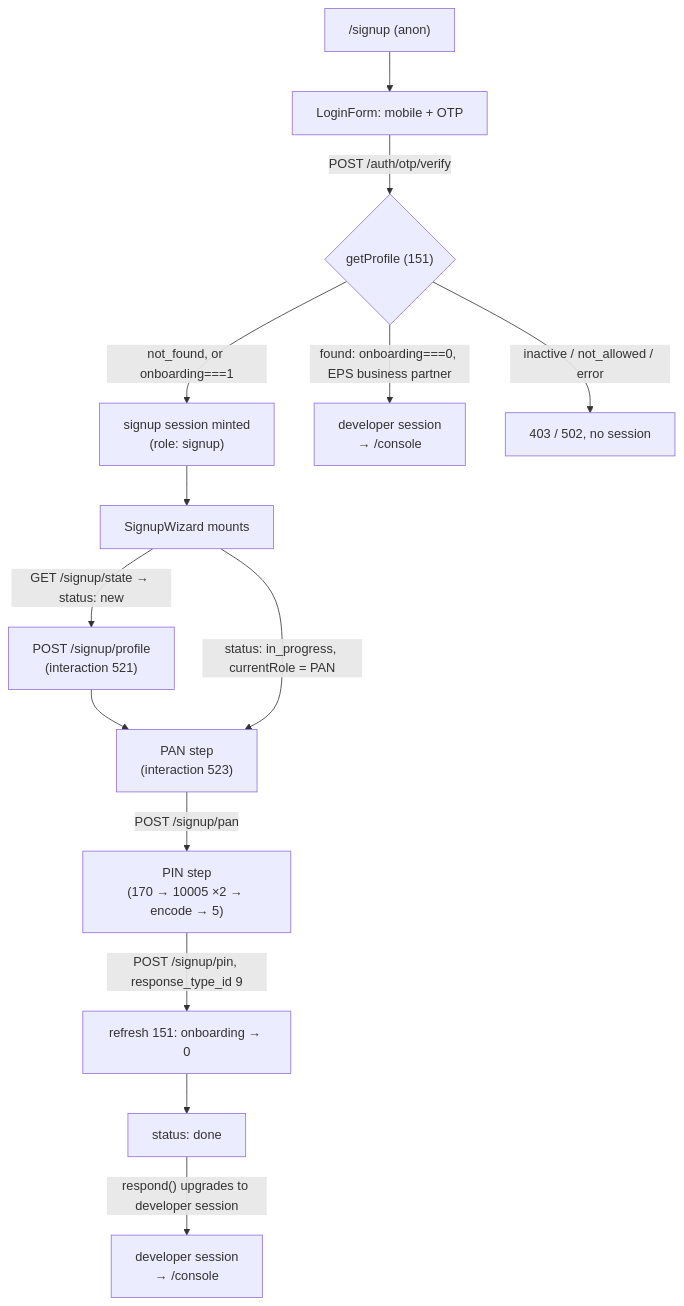
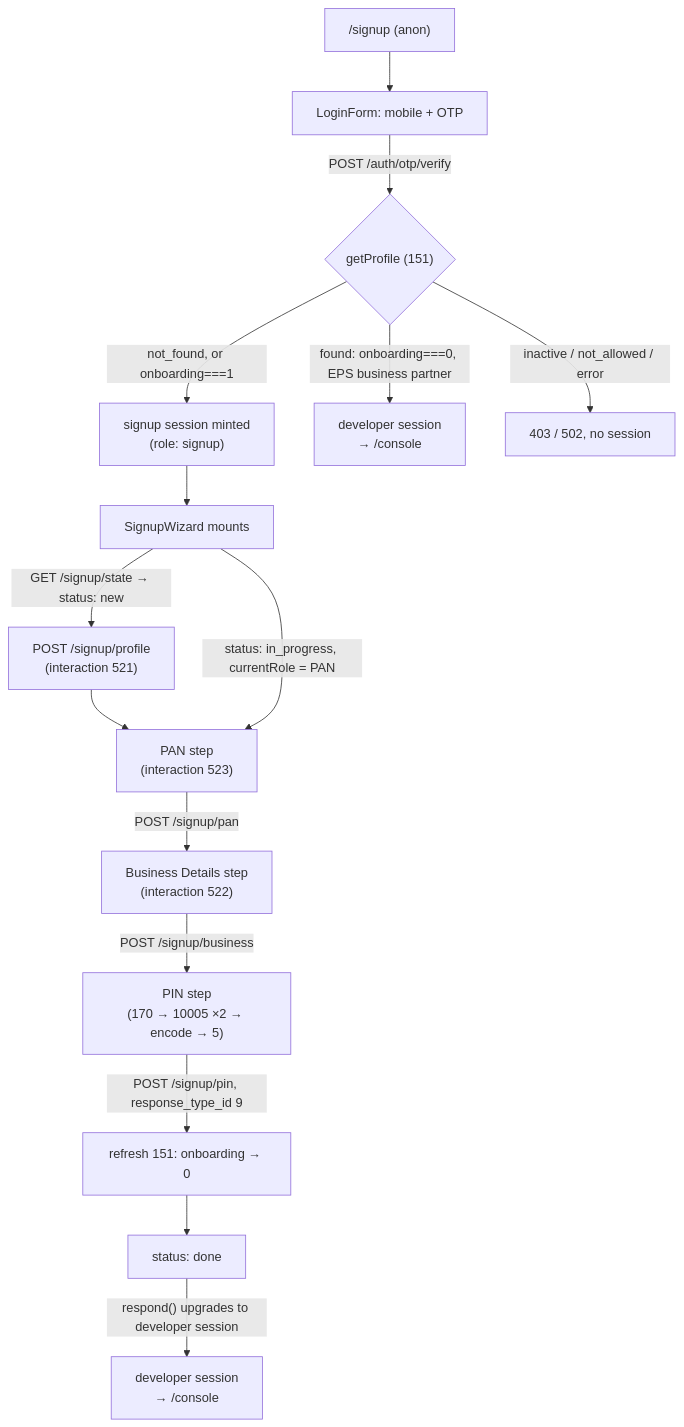
Before and after one commit to ekoindia/eps-platform: the diagram in docs/features/user-onboarding.md, drawn with Mermaid. The commit also changed other lines of this file and 3 other files, not shown here.

First line of the commit message:
feat(signup): register the Business Details step (role 13300)

````diff
--- a/docs/features/user-onboarding.md
+++ b/docs/features/user-onboarding.md
@@ -14,17 +15,18 @@
 ```mermaid
 flowchart TD
     A["/signup (anon)"] --> B["LoginForm: mobile + OTP"]
     B -->|"POST /auth/otp/verify"| C{"getProfile (151)"}
     C -->|"not_found, or onboarding===1"| D["signup session minted\n(role: signup)"]
     C -->|"found: onboarding===0, EPS business partner"| Z["developer session\n→ /console"]
     C -->|inactive / not_allowed / error| X["403 / 502, no session"]
 
     D --> E["SignupWizard mounts"]
     E -->|"GET /signup/state → status: new"| F["POST /signup/profile\n(interaction 521)"]
     F --> G
     E -->|"status: in_progress, currentRole = PAN"| G["PAN step\n(interaction 523)"]
-    G -->|"POST /signup/pan"| H["PIN step\n(170 → 10005 ×2 → encode → 5)"]
+    G -->|"POST /signup/pan"| G2["Business Details step\n(interaction 522)"]
+    G2 -->|"POST /signup/business"| H["PIN step\n(170 → 10005 ×2 → encode → 5)"]
     H -->|"POST /signup/pin, response_type_id 9"| I["refresh 151: onboarding → 0"]
     I --> J["status: done"]
     J -->|"respond() upgrades to developer session"| K["developer session\n→ /console"]
 ```
````
